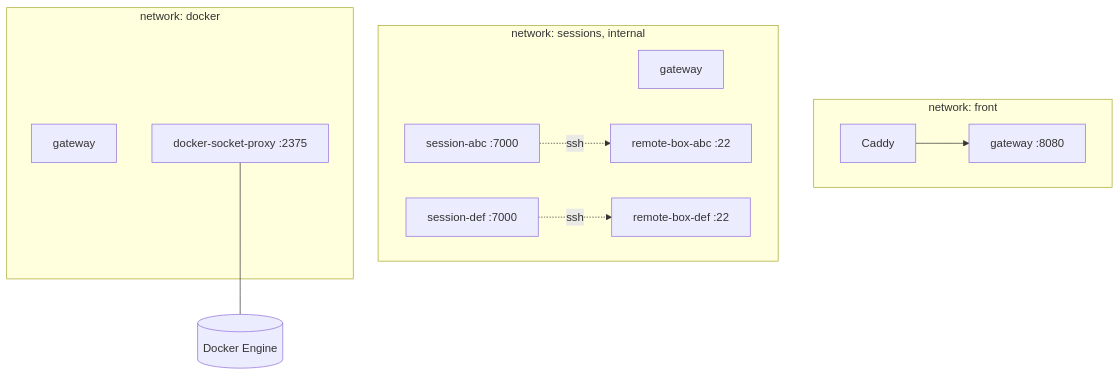
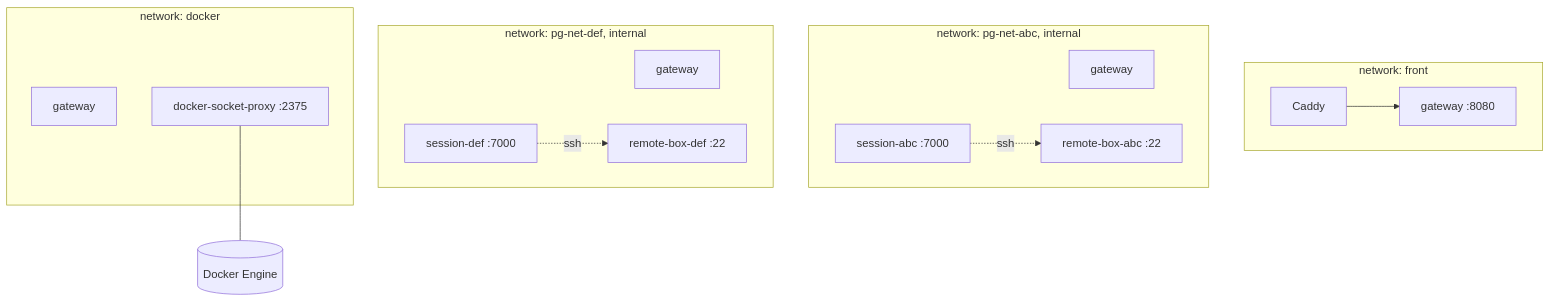
Before and after one commit to floatshadow/emacs-playground: the first of 3 diagrams in docs/architecture.md, drawn with Mermaid. The commit also changed other lines of this file and 93 other files, not shown here.

````diff
--- a/docs/architecture.md
+++ b/docs/architecture.md
@@ -7,22 +7,25 @@
 ```mermaid
 flowchart TB
   subgraph net_front [network: front]
     C[Caddy]
     G[gateway :8080]
   end
-  subgraph net_sessions [network: sessions, internal]
+  subgraph net_abc [network: pg-net-abc, internal]
     G2[gateway]
     S1[session-abc :7000]
+    R1[remote-box-abc :22]
+  end
+  subgraph net_def [network: pg-net-def, internal]
+    G4[gateway]
     S2[session-def :7000]
-    R1[remote-box-abc :22]
     R2[remote-box-def :22]
   end
   subgraph net_docker [network: docker]
     G3[gateway]
     P[docker-socket-proxy :2375]
   end
   P --- D[(Docker Engine)]
   S1 -. ssh .-> R1
   S2 -. ssh .-> R2
   C --> G
 ```
````
